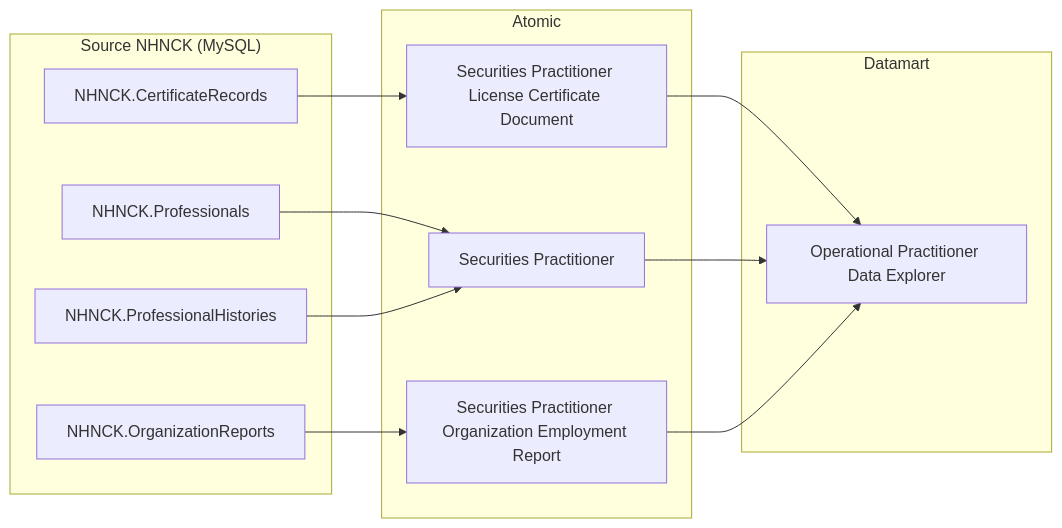
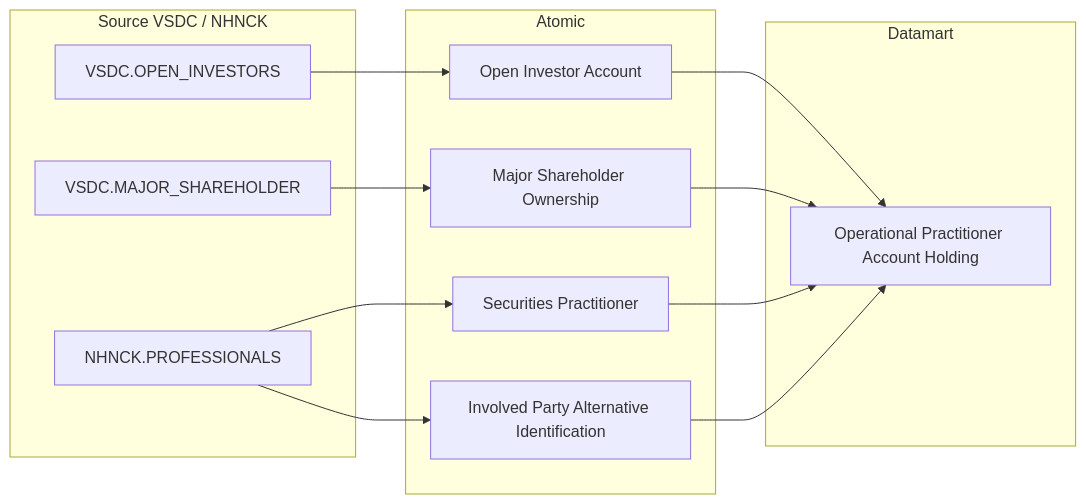
Before and after one commit to linhlvit/ubck_atomic_design: diagram 11 of 39 in Datamart/hld/DTM_NHNCK_HLD.md, drawn with Mermaid. The commit also changed other lines of this file and 13 other files, not shown here.

````diff
--- a/Datamart/hld/DTM_NHNCK_HLD.md
+++ b/Datamart/hld/DTM_NHNCK_HLD.md
@@ -359,28 +361,29 @@
 ```mermaid
 flowchart LR
-    subgraph SRC["Source NHNCK (MySQL)"]
-        S1["NHNCK.CertificateRecords"]
-        S2["NHNCK.Professionals"]
-        S3["NHNCK.ProfessionalHistories"]
-        S4["NHNCK.OrganizationReports"]
+    subgraph SRC["Source VSDC / NHNCK"]
+        S1["VSDC.OPEN_INVESTORS"]
+        S2["VSDC.MAJOR_SHAREHOLDER"]
+        S3["NHNCK.PROFESSIONALS"]
     end
 
     subgraph SIL["Atomic"]
-        SV1["Securities Practitioner License Certificate Document"]
-        SV2["Securities Practitioner"]
-        SV3["Securities Practitioner Organization Employment Report"]
+        SV1["Open Investor Account"]
+        SV2["Major Shareholder Ownership"]
+        SV3["Securities Practitioner"]
+        SV4["Involved Party Alternative Identification"]
     end
 
     subgraph Datamart["Datamart"]
-        G1["Operational Practitioner Data Explorer"]
+        G1["Operational Practitioner Account Holding"]
     end
 
     S1 --> SV1
     S2 --> SV2
-    S3 --> SV2
-    S4 --> SV3
+    S3 --> SV3
+    S3 --> SV4
 
     SV1 --> G1
     SV2 --> G1
     SV3 --> G1
+    SV4 --> G1
 ```
````
